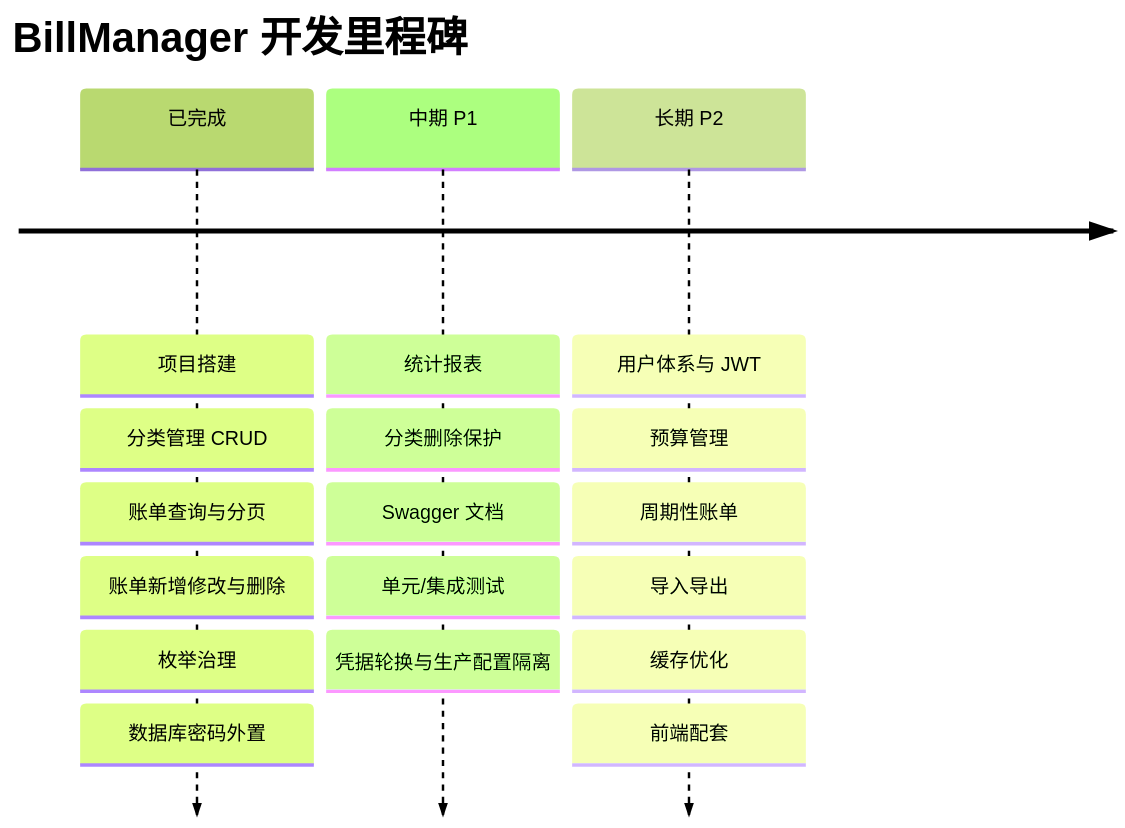
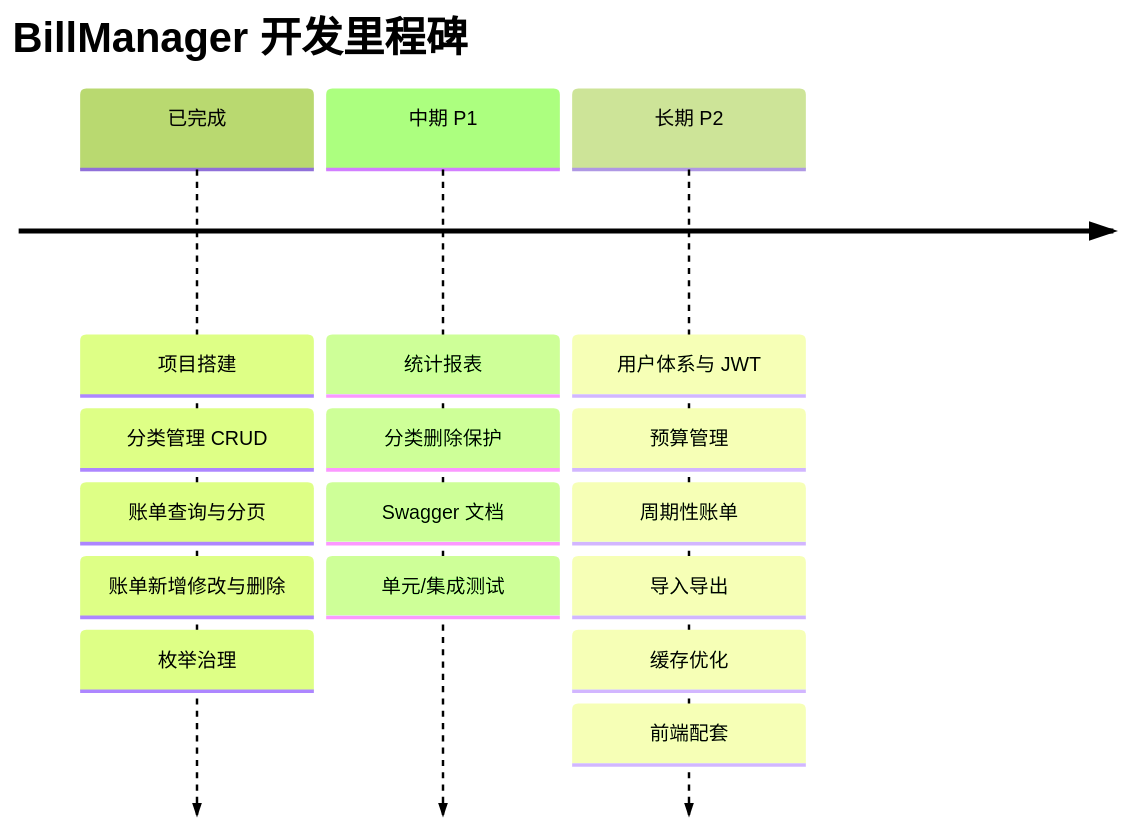
The diagram in docs/未来开发规划.md (19604557341/BillManager), drawn with Mermaid (forest theme) before and after one commit. The commit also changed other lines of this file and 5 other files, not shown here.

````diff
--- a/docs/未来开发规划.md
+++ b/docs/未来开发规划.md
@@ -127,7 +119,7 @@
 ```mermaid
 timeline
     title BillManager 开发里程碑
-    已完成 : 项目搭建 : 分类管理 CRUD : 账单查询与分页 : 账单新增修改与删除 : 枚举治理 : 数据库密码外置
-    中期 P1 : 统计报表 : 分类删除保护 : Swagger 文档 : 单元/集成测试 : 凭据轮换与生产配置隔离
+    已完成 : 项目搭建 : 分类管理 CRUD : 账单查询与分页 : 账单新增修改与删除 : 枚举治理
+    中期 P1 : 统计报表 : 分类删除保护 : Swagger 文档 : 单元/集成测试
     长期 P2 : 用户体系与 JWT : 预算管理 : 周期性账单 : 导入导出 : 缓存优化 : 前端配套
 ```
````
